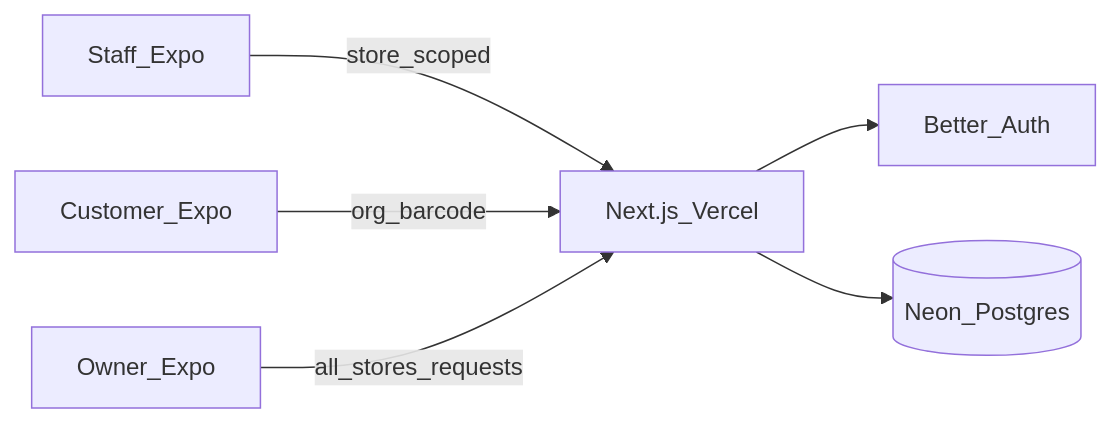
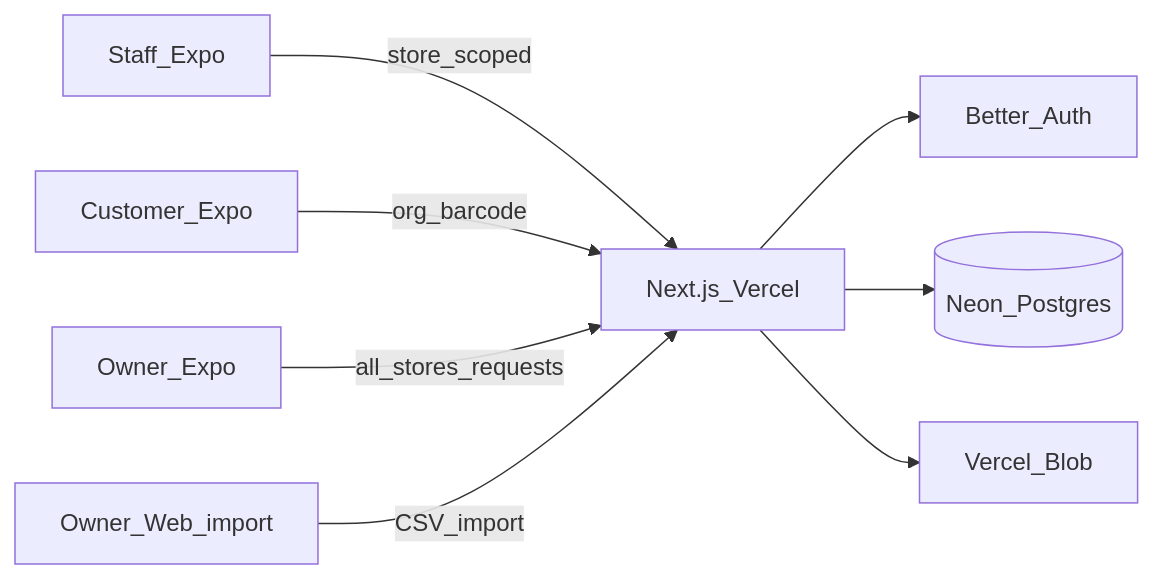
Before and after one commit to hemanthnarravula/off-licence-app: the first of 2 diagrams in PLAN.md, drawn with Mermaid. The commit also changed other lines of this file, not shown here.

````diff
--- a/PLAN.md
+++ b/PLAN.md
@@ -16,8 +22,10 @@
 ```mermaid
 flowchart LR
   Staff[Staff_Expo] -->|store_scoped| API[Next.js_Vercel]
   Customer[Customer_Expo] -->|org_barcode| API
   Owner[Owner_Expo] -->|all_stores_requests| API
+  OwnerWeb[Owner_Web_import] -->|CSV_import| API
   API --> Auth[Better_Auth]
   API --> DB[(Neon_Postgres)]
+  API --> Blob[Vercel_Blob]
 ```
````
